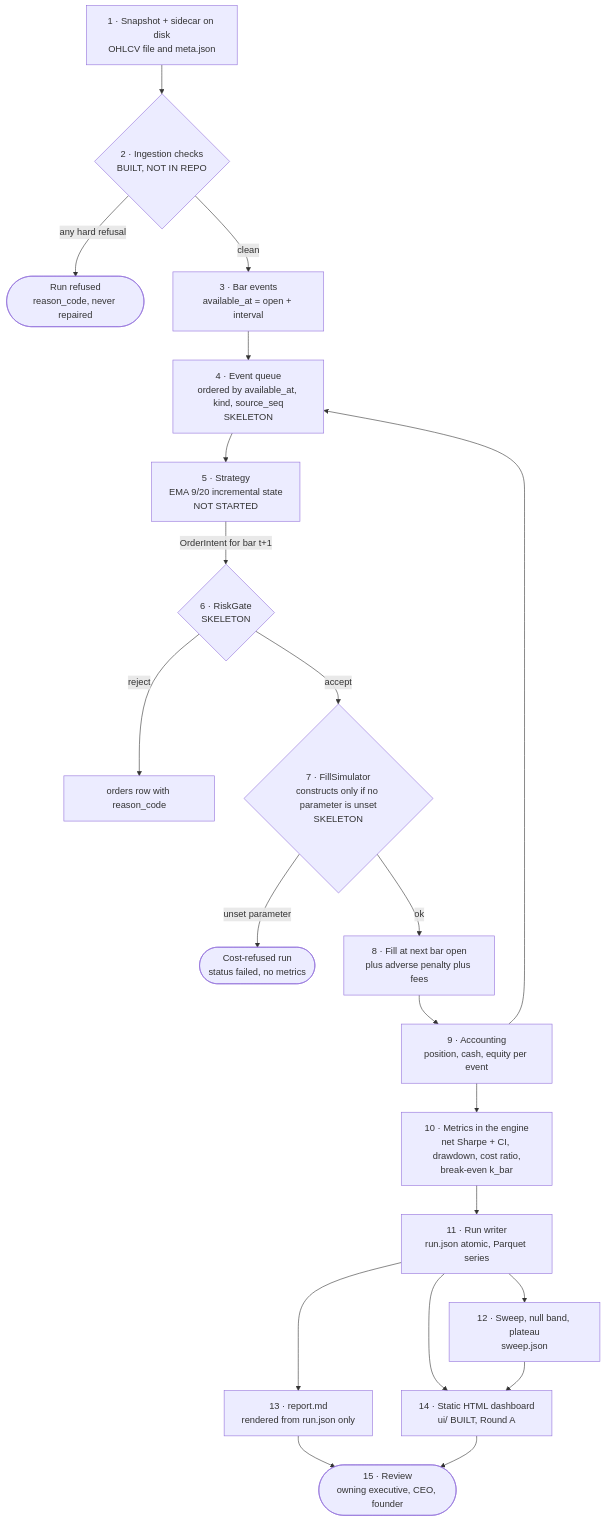
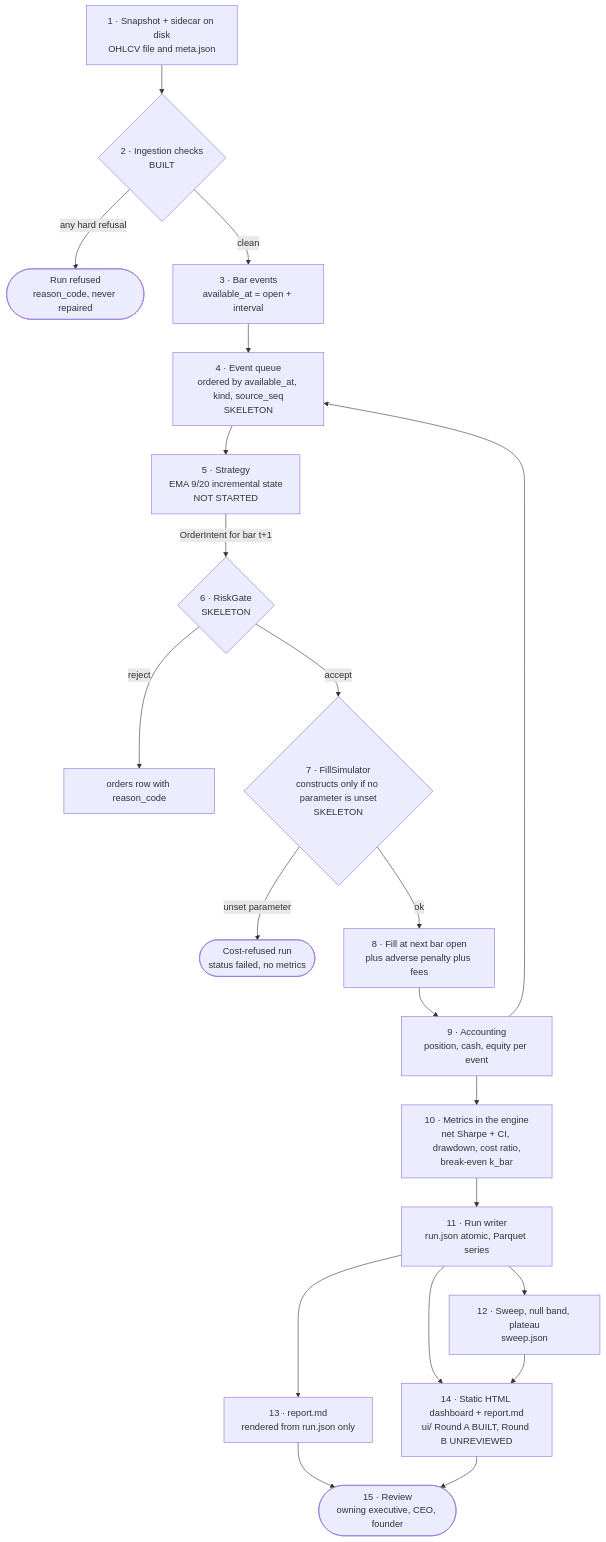
Before and after one commit to bitbullcapitalllc-arch/BitbullCapOrg: the first of 8 diagrams in docs/backtest-bot/data-flow.md, drawn with Mermaid. The commit also changed 15 other files, not shown here.

First line of the commit message:
Docs and work notes for the bundled round: loader recovered, frontend unreviewed

````diff
--- a/docs/backtest-bot/data-flow.md
+++ b/docs/backtest-bot/data-flow.md
@@ -7,23 +7,23 @@
 ```mermaid
 flowchart TD
-    A["1 · Snapshot + sidecar on disk<br/>OHLCV file and meta.json"] --> B{"2 · Ingestion checks<br/>BUILT, NOT IN REPO"}
+    A["1 · Snapshot + sidecar on disk<br/>OHLCV file and meta.json"] --> B{"2 · Ingestion checks<br/>BUILT"}
     B -- "any hard refusal" --> X1(["Run refused<br/>reason_code, never repaired"])
     B -- "clean" --> C["3 · Bar events<br/>available_at = open + interval"]
     C --> D["4 · Event queue<br/>ordered by available_at, kind, source_seq<br/>SKELETON"]
     D --> E["5 · Strategy<br/>EMA 9/20 incremental state<br/>NOT STARTED"]
     E -->|"OrderIntent for bar t+1"| F{"6 · RiskGate<br/>SKELETON"}
     F -- reject --> R1["orders row with reason_code"]
     F -- accept --> G{"7 · FillSimulator<br/>constructs only if no parameter is unset<br/>SKELETON"}
     G -- "unset parameter" --> X2(["Cost-refused run<br/>status failed, no metrics"])
     G -- ok --> H["8 · Fill at next bar open<br/>plus adverse penalty plus fees"]
     H --> I["9 · Accounting<br/>position, cash, equity per event"]
     I --> D
     I --> J["10 · Metrics in the engine<br/>net Sharpe + CI, drawdown, cost ratio,<br/>break-even k_bar"]
     J --> K["11 · Run writer<br/>run.json atomic, Parquet series"]
     K --> L["12 · Sweep, null band, plateau<br/>sweep.json"]
     K --> M["13 · report.md<br/>rendered from run.json only"]
-    K --> N["14 · Static HTML dashboard<br/>ui/ BUILT, Round A"]
+    K --> N["14 · Static HTML dashboard + report.md<br/>ui/ Round A BUILT, Round B UNREVIEWED"]
     L --> N
     M --> P(["15 · Review<br/>owning executive, CEO, founder"])
     N --> P
 ```
````
